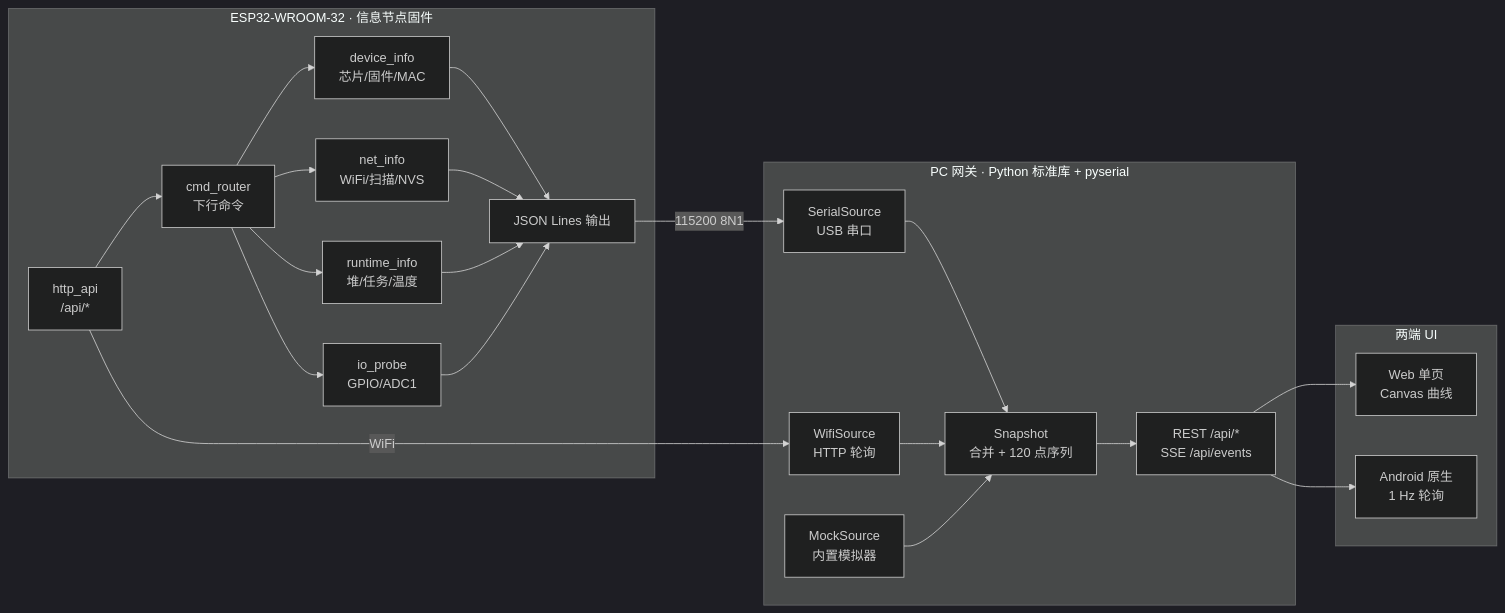
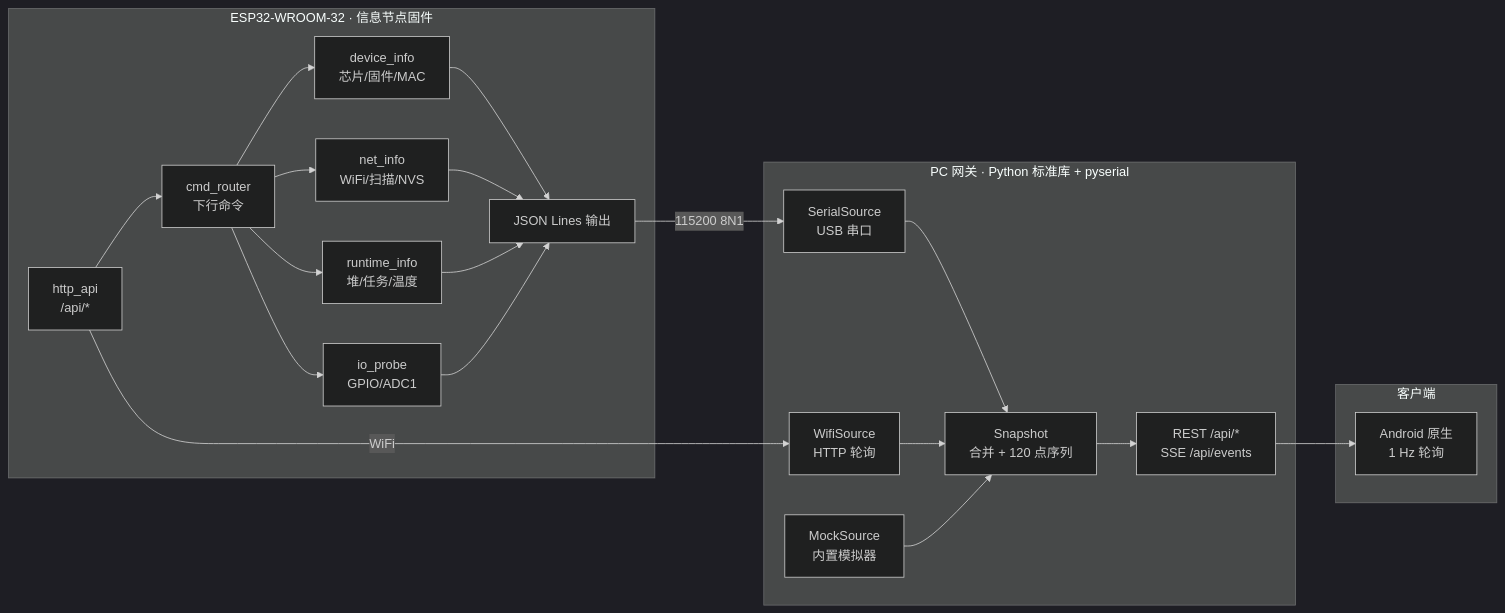
One commit to PandaGuGu/stm32-health-monitor changed the first of 2 diagrams in docs/esp32/architecture.md. Above: the diagram before and after it, drawn with Mermaid (dark theme). The commit also changed other lines of this file and 9 other files, not shown here.

````diff
--- a/docs/esp32/architecture.md
+++ b/docs/esp32/architecture.md
@@ -24,33 +24,31 @@
 ```mermaid
 flowchart LR
     subgraph DEV["ESP32-WROOM-32 · 信息节点固件"]
         A1["device_info<br/>芯片/固件/MAC"]
         A2["net_info<br/>WiFi/扫描/NVS"]
         A3["runtime_info<br/>堆/任务/温度"]
         A4["io_probe<br/>GPIO/ADC1"]
         A5["cmd_router<br/>下行命令"]
         A6["http_api<br/>/api/*"]
         A1 & A2 & A3 & A4 --> A7["JSON Lines 输出"]
         A5 --> A1 & A2 & A3 & A4
         A6 --> A5
     end
 
     subgraph GW["PC 网关 · Python 标准库 + pyserial"]
         B1["SerialSource<br/>USB 串口"]
         B2["WifiSource<br/>HTTP 轮询"]
         B3["MockSource<br/>内置模拟器"]
         B4["Snapshot<br/>合并 + 120 点序列"]
         B1 & B2 & B3 --> B4
         B4 --> B5["REST /api/*<br/>SSE /api/events"]
     end
 
-    subgraph UI["两端 UI"]
-        C1["Web 单页<br/>Canvas 曲线"]
+    subgraph UI["客户端"]
         C2["Android 原生<br/>1 Hz 轮询"]
     end
 
     A7 -- "115200 8N1" --> B1
     A6 -- "WiFi" --> B2
-    B5 --> C1
     B5 --> C2
 ```
````
